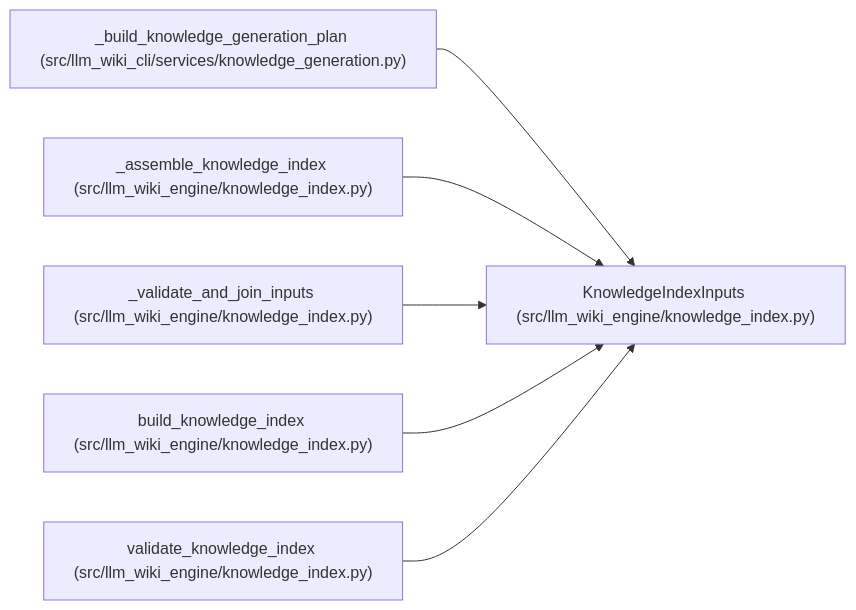
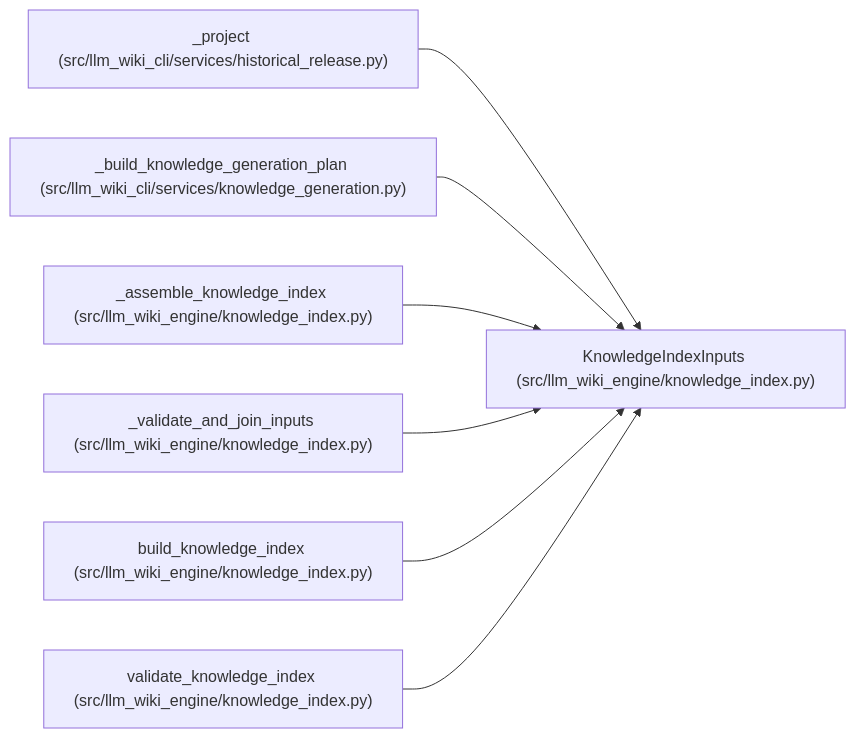
One commit to Denissvgn/python-wiki-llm changed the diagram in docs/llm_wiki/entities/KnowledgeIndexInputs.md. Above: the diagram before and after it, drawn with Mermaid. The commit also changed other lines of this file and 699 other files, not shown here.

````diff
--- a/docs/llm_wiki/entities/KnowledgeIndexInputs.md
+++ b/docs/llm_wiki/entities/KnowledgeIndexInputs.md
@@ -37,20 +37,23 @@
 ```mermaid
 flowchart LR
     n0["KnowledgeIndexInputs (src/llm_wiki_engine/knowledge_index.py)"]
-    n1["_build_knowledge_generation_plan (src/llm_wiki_cli/services/knowledge_generation.py)"]
-    n2["_assemble_knowledge_index (src/llm_wiki_engine/knowledge_index.py)"]
-    n3["_validate_and_join_inputs (src/llm_wiki_engine/knowledge_index.py)"]
-    n4["build_knowledge_index (src/llm_wiki_engine/knowledge_index.py)"]
-    n5["validate_knowledge_index (src/llm_wiki_engine/knowledge_index.py)"]
+    n1["_project (src/llm_wiki_cli/services/historical_release.py)"]
+    n2["_build_knowledge_generation_plan (src/llm_wiki_cli/services/knowledge_generation.py)"]
+    n3["_assemble_knowledge_index (src/llm_wiki_engine/knowledge_index.py)"]
+    n4["_validate_and_join_inputs (src/llm_wiki_engine/knowledge_index.py)"]
+    n5["build_knowledge_index (src/llm_wiki_engine/knowledge_index.py)"]
+    n6["validate_knowledge_index (src/llm_wiki_engine/knowledge_index.py)"]
     n1 --> n0
     n2 --> n0
     n3 --> n0
     n4 --> n0
     n5 --> n0
+    n6 --> n0
     click n0 "../modules/knowledge_index.md"
-    click n1 "../modules/knowledge_generation.md"
-    click n2 "../modules/knowledge_index.md"
+    click n1 "../modules/historical_release.md"
+    click n2 "../modules/knowledge_generation.md"
     click n3 "../modules/knowledge_index.md"
     click n4 "../modules/knowledge_index.md"
     click n5 "../modules/knowledge_index.md"
+    click n6 "../modules/knowledge_index.md"
 ```
````
